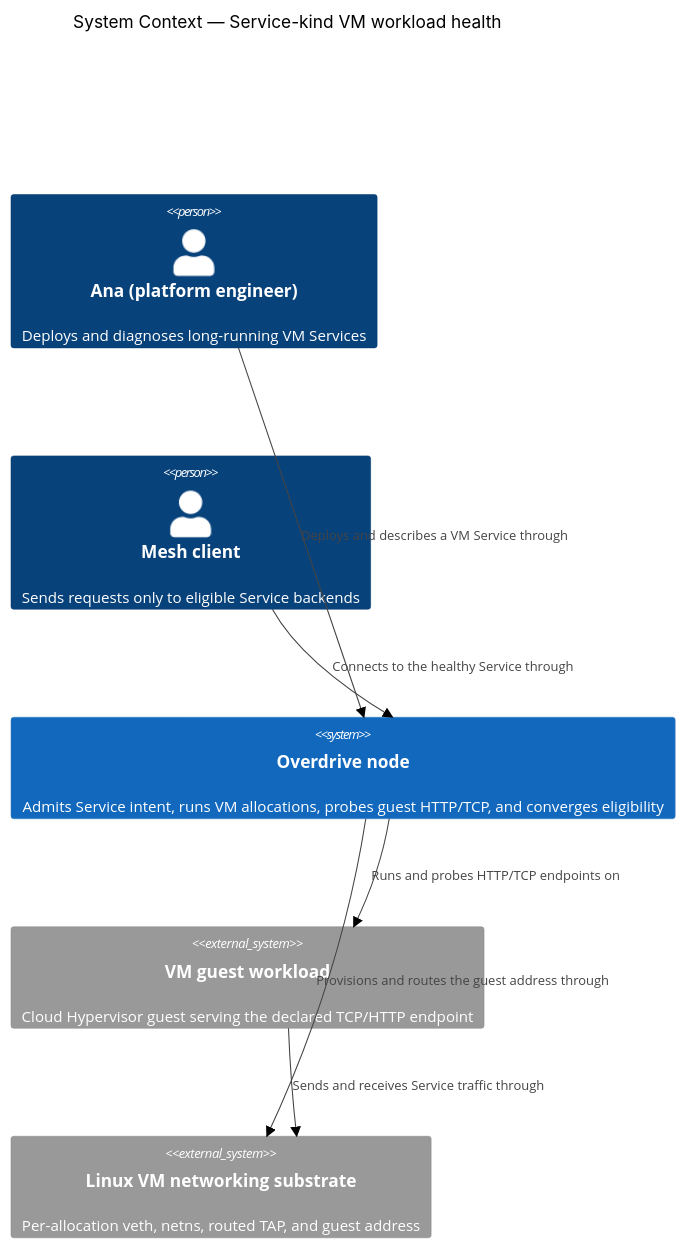
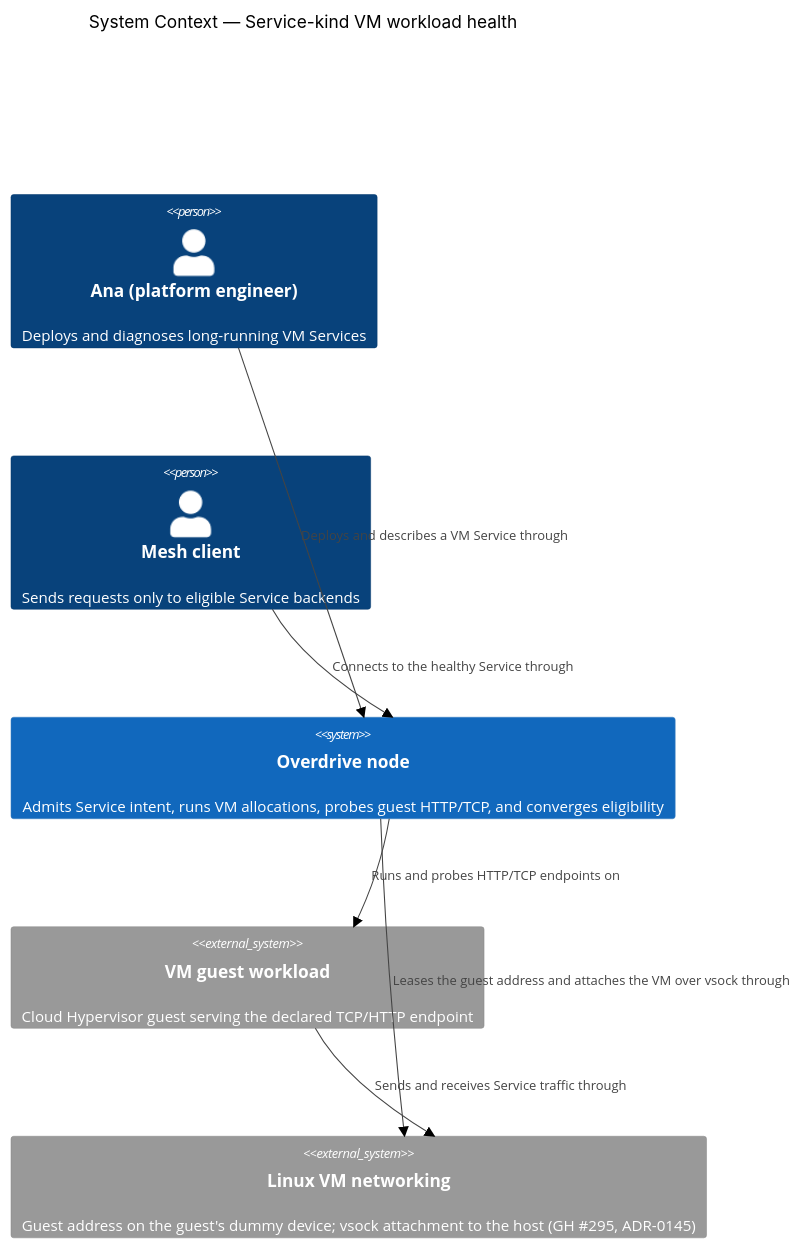
Diagram 27 of 37 in docs/product/architecture/c4-diagrams.md (overdrive-sh/overdrive), drawn with Mermaid (neutral theme) before and after one commit. The commit also changed other lines of this file and 658 other files, not shown here.

First line of the commit message:
docs(netns-density-295): simplify the vsock design to what correctness requires

````diff
--- a/docs/product/architecture/c4-diagrams.md
+++ b/docs/product/architecture/c4-diagrams.md
@@ -1407,16 +1407,16 @@
 ```mermaid
 C4Context
   title System Context — Service-kind VM workload health
 
   Person(ana, "Ana (platform engineer)", "Deploys and diagnoses long-running VM Services")
   Person(peer, "Mesh client", "Sends requests only to eligible Service backends")
   System(overdrive, "Overdrive node", "Admits Service intent, runs VM allocations, probes guest HTTP/TCP, and converges eligibility")
   System_Ext(guest, "VM guest workload", "Cloud Hypervisor guest serving the declared TCP/HTTP endpoint")
-  System_Ext(kernel, "Linux VM networking substrate", "Per-allocation veth, netns, routed TAP, and guest address")
+  System_Ext(kernel, "Linux VM networking", "Guest address on the guest's dummy device; vsock attachment to the host (GH #295, ADR-0145)")
 
   Rel(ana, overdrive, "Deploys and describes a VM Service through")
   Rel(peer, overdrive, "Connects to the healthy Service through")
-  Rel(overdrive, kernel, "Provisions and routes the guest address through")
+  Rel(overdrive, kernel, "Leases the guest address and attaches the VM over vsock through")
   Rel(overdrive, guest, "Runs and probes HTTP/TCP endpoints on")
   Rel(guest, kernel, "Sends and receives Service traffic through")
 ```
````
